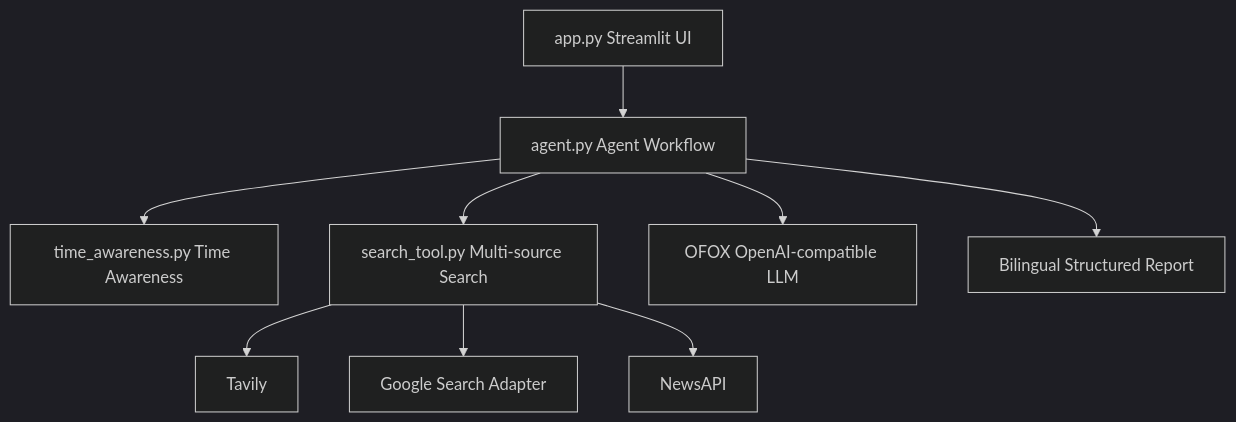
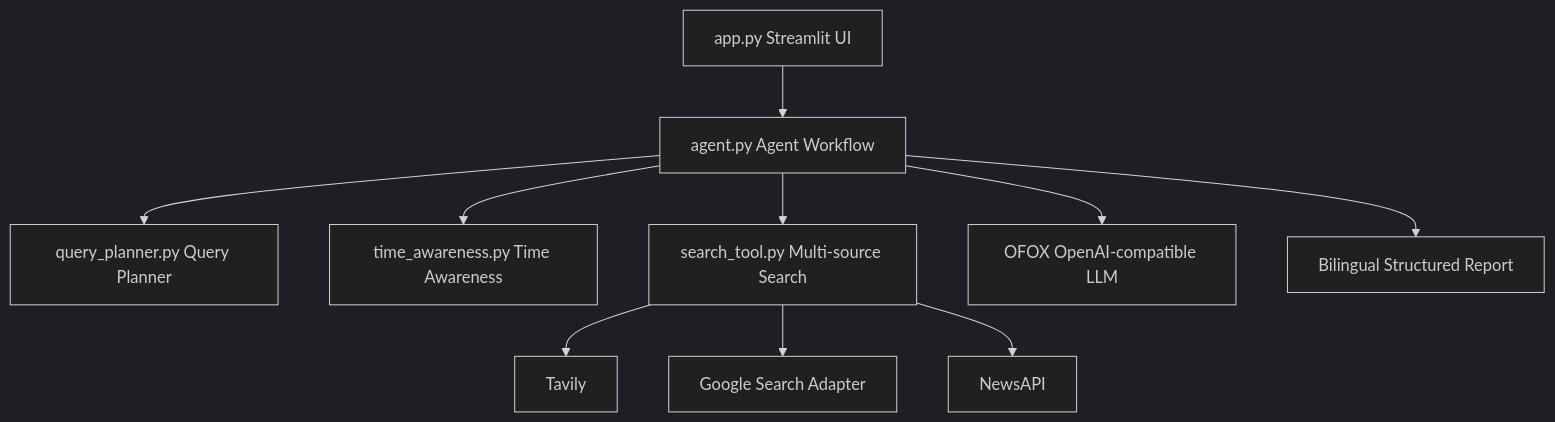
The diagram in README.md (Mark990903/web-search-agent), drawn with Mermaid (dark theme) before and after one commit. The commit also changed other lines of this file and 4 other files, not shown here.

Commit message:
Add query planner for web search agent v3

````diff
--- a/README.md
+++ b/README.md
@@ -7,11 +7,12 @@
 ```mermaid
 flowchart TD
     UI["app.py Streamlit UI"] --> Agent["agent.py Agent Workflow"]
+    Agent --> Planner["query_planner.py Query Planner"]
     Agent --> Time["time_awareness.py Time Awareness"]
     Agent --> Search["search_tool.py Multi-source Search"]
     Search --> Tavily["Tavily"]
     Search --> Google["Google Search Adapter"]
     Search --> NewsAPI["NewsAPI"]
     Agent --> LLM["OFOX OpenAI-compatible LLM"]
     Agent --> Report["Bilingual Structured Report"]
 ```
````
